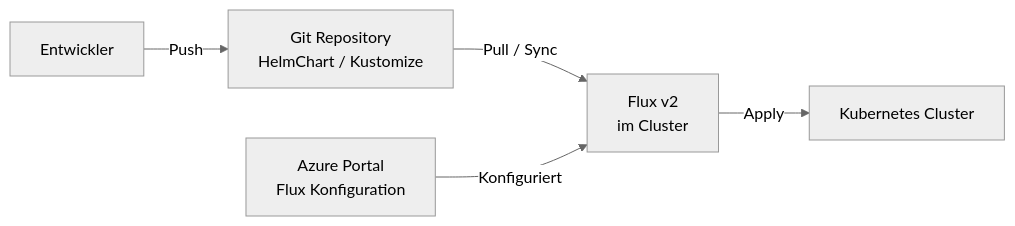
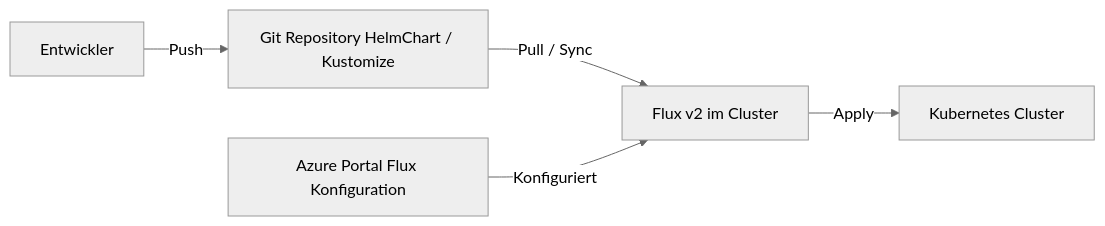
Before and after one commit to SoniiiT/notes-n-docs: the second of 6 diagrams in Microsoft 365/Azure/Arc/Arc-fähige Kubernetes.md, drawn with Mermaid (neutral theme). The commit also changed other lines of this file and 124 other files, not shown here.

First line of the commit message:
fix: Entferne \n aus allen Mermaid-Diagrammen (125 Dateien)

````diff
--- a/Microsoft 365/Azure/Arc/Arc-fähige Kubernetes.md
+++ b/Microsoft 365/Azure/Arc/Arc-fähige Kubernetes.md
@@ -127,13 +127,13 @@
 ```mermaid
 graph LR
     DEV[Entwickler]
-    GITREPO[Git Repository\nHelmChart / Kustomize]
-    FLUX[Flux v2\nim Cluster]
+    GITREPO[Git Repository HelmChart / Kustomize]
+    FLUX[Flux v2 im Cluster]
     K8S[Kubernetes Cluster]
-    AZURE[Azure Portal\nFlux Konfiguration]
+    AZURE[Azure Portal Flux Konfiguration]
 
     DEV -->|Push| GITREPO
     GITREPO -->|Pull / Sync| FLUX
     FLUX -->|Apply| K8S
     AZURE -->|Konfiguriert| FLUX
 ```
````
